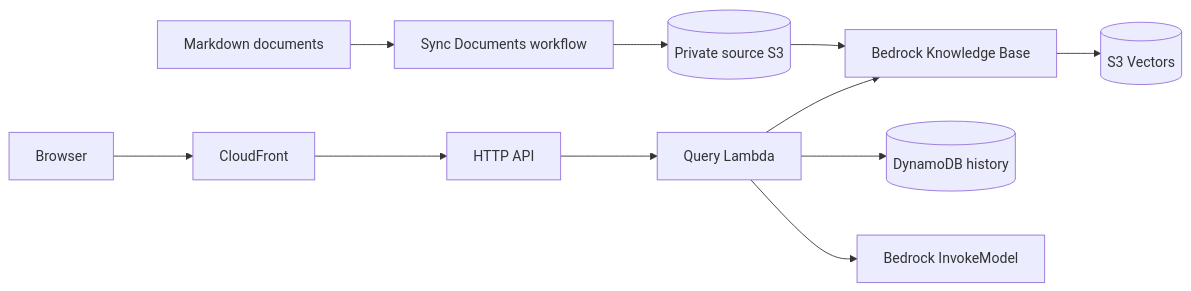
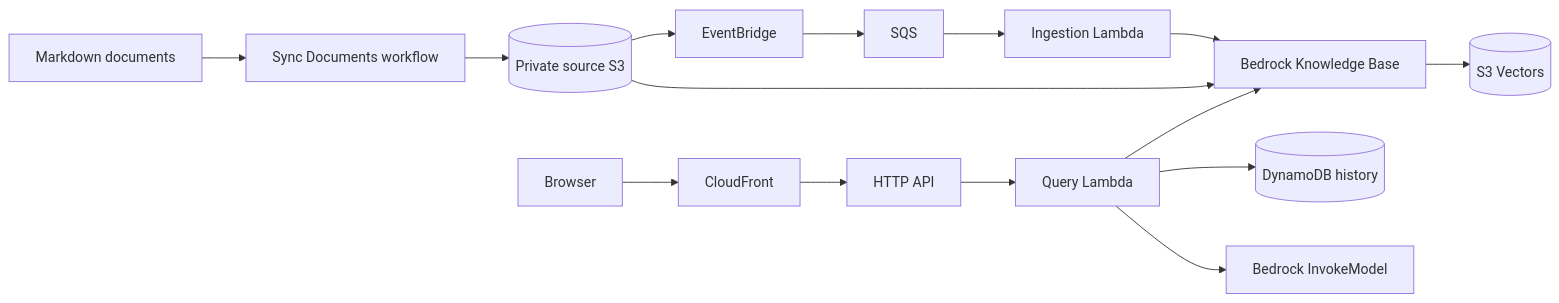
One commit to Norahbiju/chatbot changed the diagram in README.md. Above: the diagram before and after it, drawn with Mermaid. The commit also changed other lines of this file and 20 other files, not shown here.

````diff
--- a/README.md
+++ b/README.md
@@ -5,13 +5,17 @@
 ```mermaid
 flowchart LR
   D[Markdown documents] --> SD[Sync Documents workflow]
   SD --> S3[(Private source S3)]
+  S3 --> EB[EventBridge]
+  EB --> Q[SQS]
+  Q --> IL[Ingestion Lambda]
+  IL --> KB
   S3 --> KB[Bedrock Knowledge Base]
   KB --> SV[(S3 Vectors)]
   B[Browser] --> CF[CloudFront]
   CF --> API[HTTP API]
   API --> QL[Query Lambda]
   QL --> DDB[(DynamoDB history)]
   QL --> KB
   QL --> FM[Bedrock InvokeModel]
 ```
````
